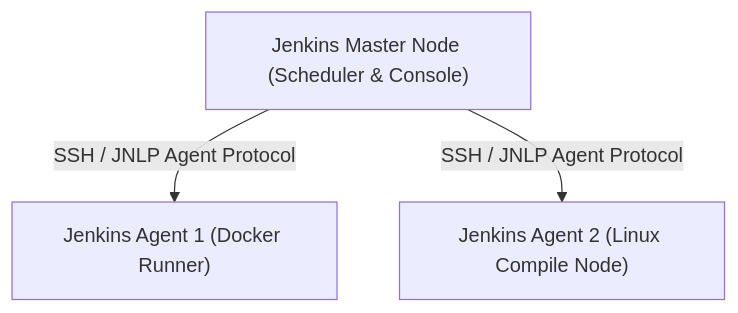
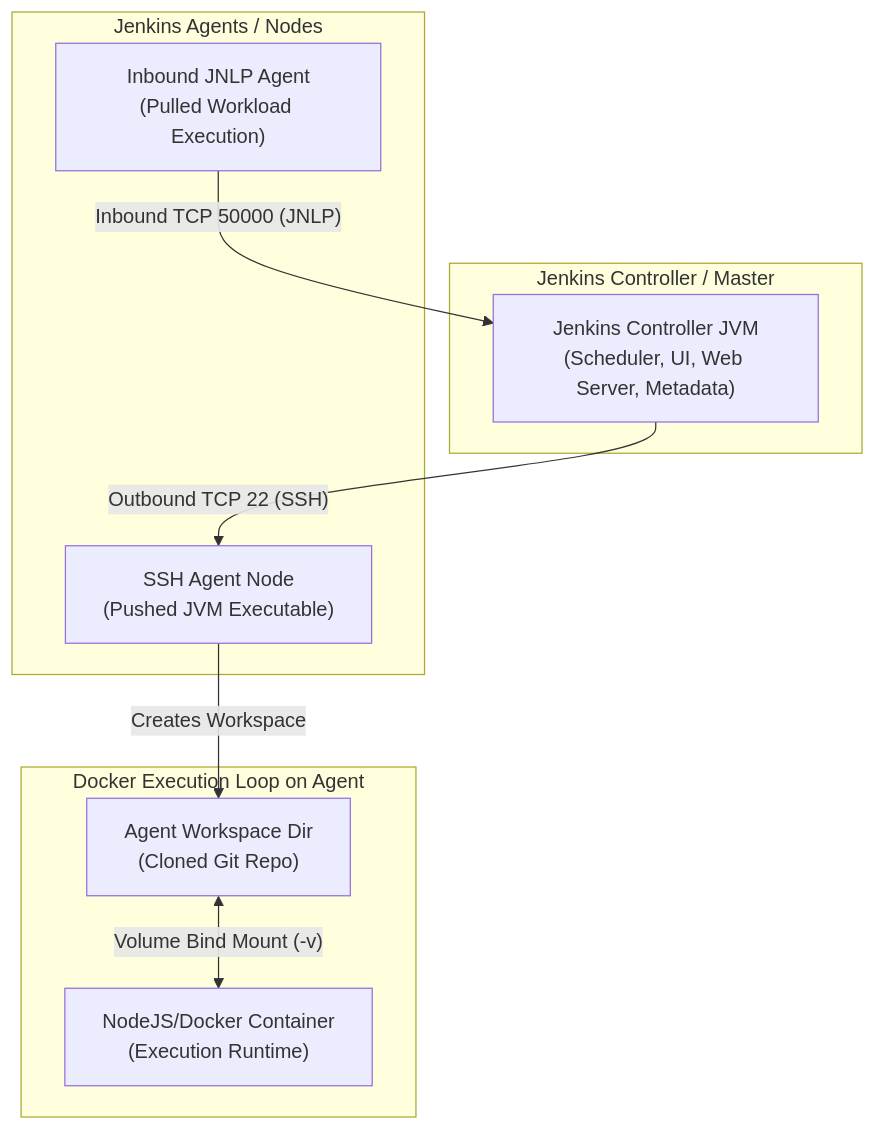
Before and after one commit to kmashour/BrainDump: the diagram in Reference Notes/5-1_jenkins_architecture_and_pipeline_structure.md, drawn with Mermaid. The commit also changed other lines of this file and 152 other files, not shown here.

````diff
--- a/Reference Notes/5-1_jenkins_architecture_and_pipeline_structure.md
+++ b/Reference Notes/5-1_jenkins_architecture_and_pipeline_structure.md
@@ -15,5 +15,19 @@
 ```mermaid
 graph TD
-    Master["Jenkins Master Node (Scheduler & Console)"] -->|"SSH / JNLP Agent Protocol"| Agent1["Jenkins Agent 1 (Docker Runner)"]
-    Master -->|"SSH / JNLP Agent Protocol"| Agent2["Jenkins Agent 2 (Linux Compile Node)"]
+    subgraph Control Plane [Jenkins Controller / Master]
+        Controller["Jenkins Controller JVM<br/>(Scheduler, UI, Web Server, Metadata)"]
+    end
+
+    subgraph Data Plane [Jenkins Agents / Nodes]
+        Agent_SSH["SSH Agent Node<br/>(Pushed JVM Executable)"]
+        Agent_JNLP["Inbound JNLP Agent<br/>(Pulled Workload Execution)"]
+    end
+
+    Controller -->|"Outbound TCP 22 (SSH)"| Agent_SSH
+    Agent_JNLP -->|"Inbound TCP 50000 (JNLP)"| Controller
+    
+    subgraph Docker Execution Loop on Agent
+        Agent_SSH -->|"Creates Workspace"| Workspace["Agent Workspace Dir<br/>(Cloned Git Repo)"]
+        Workspace <-->|"Volume Bind Mount (-v)"| DockerContainer["NodeJS/Docker Container<br/>(Execution Runtime)"]
+    end
 ```
````
